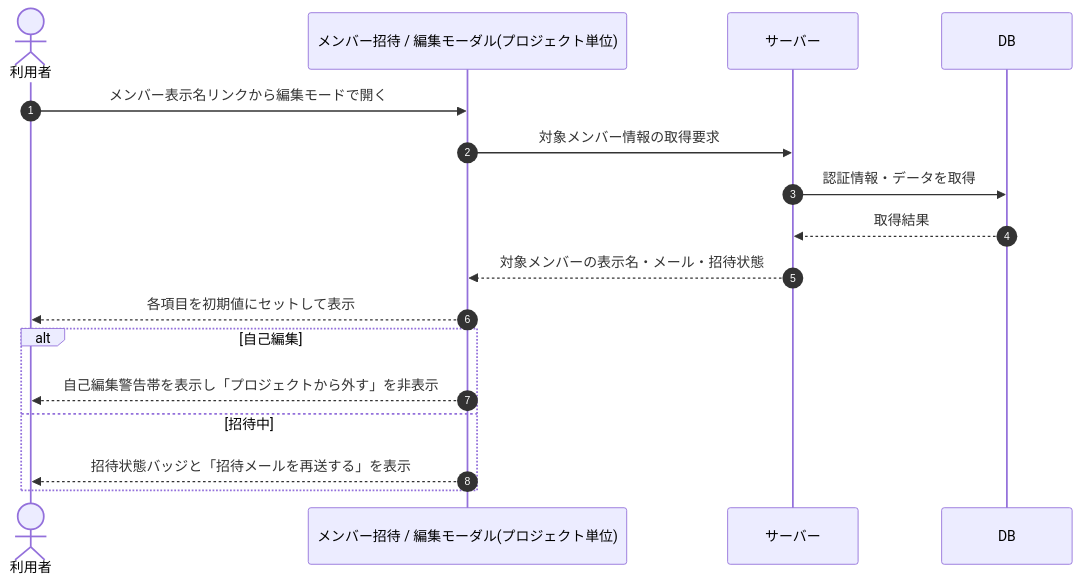
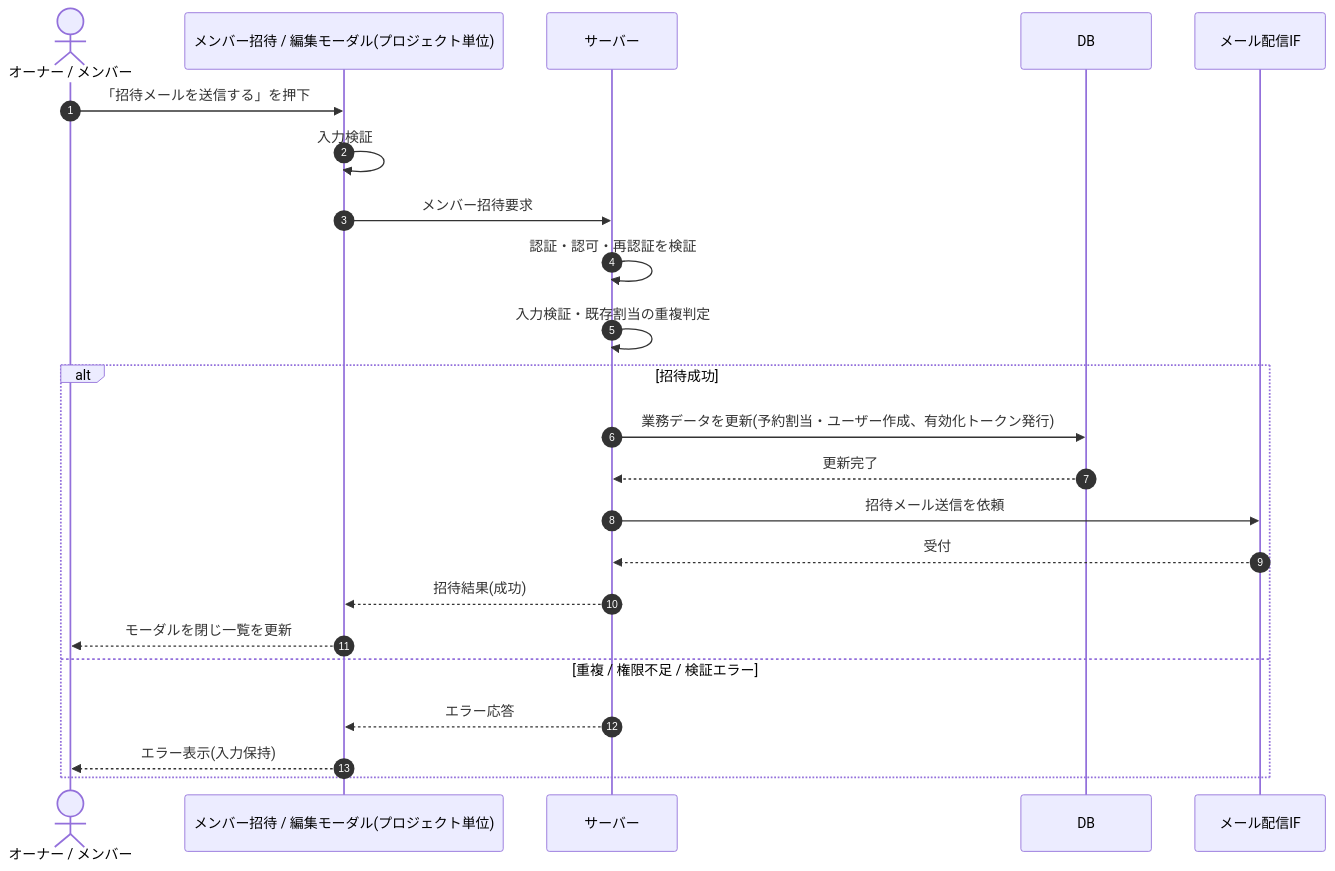
The diagram in 02_basic_design/03_sequences/SEQ-047.md (sikakou54/open-faq), drawn with Mermaid before and after one commit. The commit also changed other lines of this file and 395 other files, not shown here.

````diff
--- a/02_basic_design/03_sequences/SEQ-047.md
+++ b/02_basic_design/03_sequences/SEQ-047.md
@@ -25,19 +25,25 @@
 ```mermaid
 sequenceDiagram
   autonumber
-  actor U as 利用者
+  actor U as オーナー / メンバー
   participant Screen as メンバー招待 / 編集モーダル(プロジェクト単位)
   participant Server as サーバー
   participant DB as DB
-  U->>Screen: メンバー表示名リンクから編集モードで開く
-  Screen->>Server: 対象メンバー情報の取得要求
-  Server->>DB: 認証情報・データを取得
-  DB-->>Server: 取得結果
-  Server-->>Screen: 対象メンバーの表示名・メール・招待状態
-  Screen-->>U: 各項目を初期値にセットして表示
-  alt 自己編集
-    Screen-->>U: 自己編集警告帯を表示し「プロジェクトから外す」を非表示
-  else 招待中
-    Screen-->>U: 招待状態バッジと「招待メールを再送する」を表示
+  participant MAIL as メール配信IF
+  U->>Screen: 「招待メールを送信する」を押下
+  Screen->>Screen: 入力検証
+  Screen->>Server: メンバー招待要求
+  Server->>Server: 認証・認可・再認証を検証
+  Server->>Server: 入力検証・既存割当の重複判定
+  alt 招待成功
+    Server->>DB: 業務データを更新(予約割当・ユーザー作成、有効化トークン発行)
+    DB-->>Server: 更新完了
+    Server->>MAIL: 招待メール送信を依頼
+    MAIL-->>Server: 受付
+    Server-->>Screen: 招待結果(成功)
+    Screen-->>U: モーダルを閉じ一覧を更新
+  else 重複 / 権限不足 / 検証エラー
+    Server-->>Screen: エラー応答
+    Screen-->>U: エラー表示(入力保持)
   end
 ```
````
